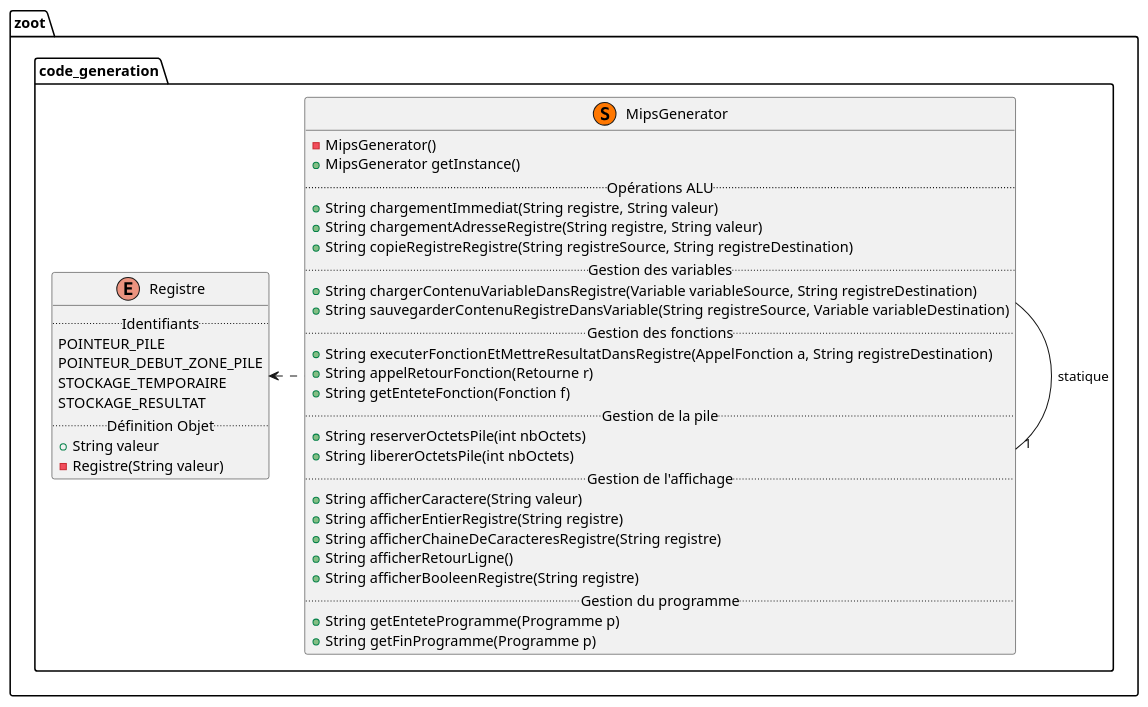
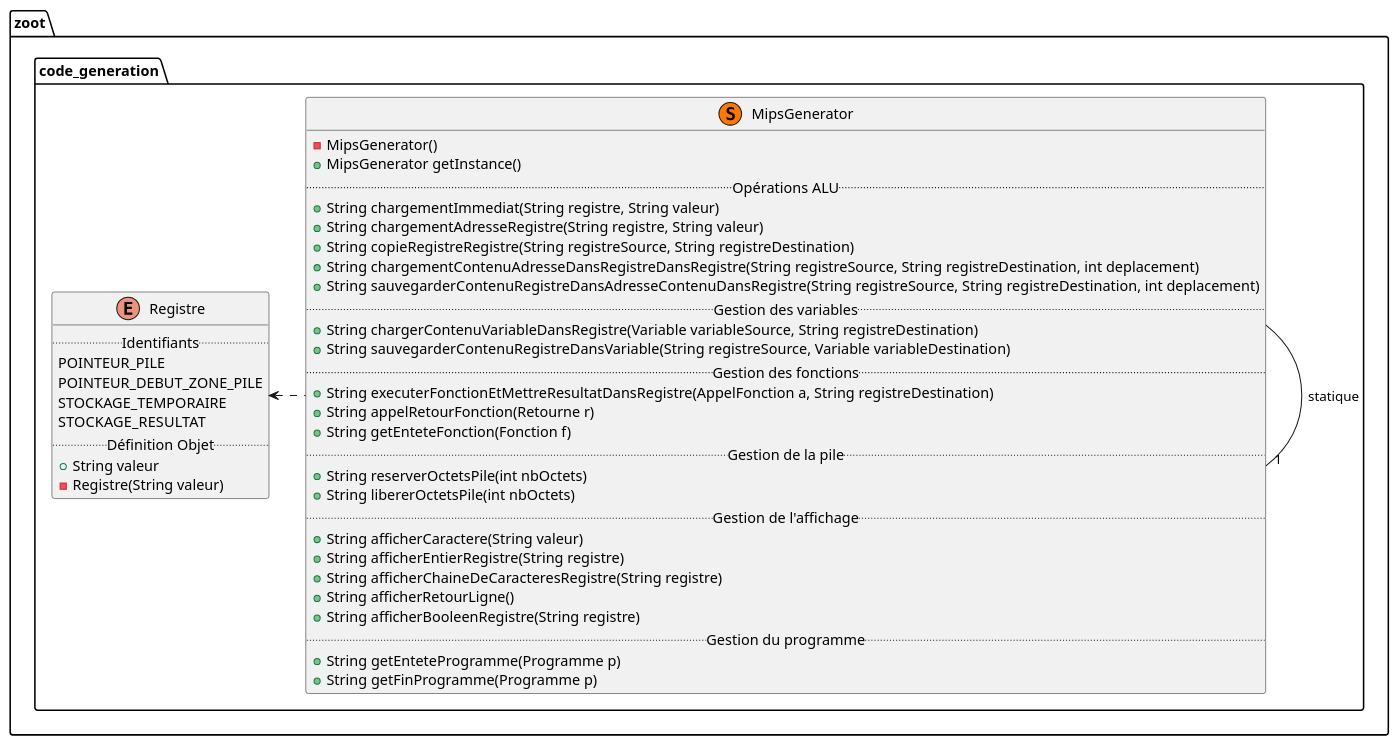
Before and after one commit to lmtb06/zoot: the diagram in diagrammes/classe/code_generation.puml, drawn with PlantUML. The commit also changed 2 other files, not shown here.

```diff
--- a/diagrammes/classe/code_generation.puml
+++ b/diagrammes/classe/code_generation.puml
@@ -1,50 +1,52 @@
 @startuml "Package code_generation"
 
 namespace zoot.code_generation {
     ' Includes
     ' Classes
     enum Registre{
         .. Identifiants ..
         POINTEUR_PILE
         POINTEUR_DEBUT_ZONE_PILE
         STOCKAGE_TEMPORAIRE
         STOCKAGE_RESULTAT
         .. Définition Objet ..
         + String valeur
         - Registre(String valeur)
     }
 
     class MipsGenerator << (S,#FF7700) >> {
         - MipsGenerator()
         + MipsGenerator getInstance()
         .. Opérations ALU ..
         + String chargementImmediat(String registre, String valeur)
         + String chargementAdresseRegistre(String registre, String valeur)
         + String copieRegistreRegistre(String registreSource, String registreDestination)
+        + String chargementContenuAdresseDansRegistreDansRegistre(String registreSource, String registreDestination, int deplacement)
+        + String sauvegarderContenuRegistreDansAdresseContenuDansRegistre(String registreSource, String registreDestination, int deplacement)
         .. Gestion des variables ..
         + String chargerContenuVariableDansRegistre(Variable variableSource, String registreDestination)
         + String sauvegarderContenuRegistreDansVariable(String registreSource, Variable variableDestination)
         .. Gestion des fonctions ..
         + String executerFonctionEtMettreResultatDansRegistre(AppelFonction a, String registreDestination)
         + String appelRetourFonction(Retourne r)
         + String getEnteteFonction(Fonction f)
         .. Gestion de la pile ..
         + String reserverOctetsPile(int nbOctets)
         + String libererOctetsPile(int nbOctets)
         .. Gestion de l'affichage ..
         + String afficherCaractere(String valeur)
         + String afficherEntierRegistre(String registre)
         + String afficherChaineDeCaracteresRegistre(String registre)
         + String afficherRetourLigne()
         + String afficherBooleenRegistre(String registre)
         .. Gestion du programme ..
         + String getEnteteProgramme(Programme p)
         + String getFinProgramme(Programme p)
     }
 
     ' Relations entre les classes
     MipsGenerator -right-"1" MipsGenerator : statique
     MipsGenerator .left.> Registre
 
 }
 @enduml
```
